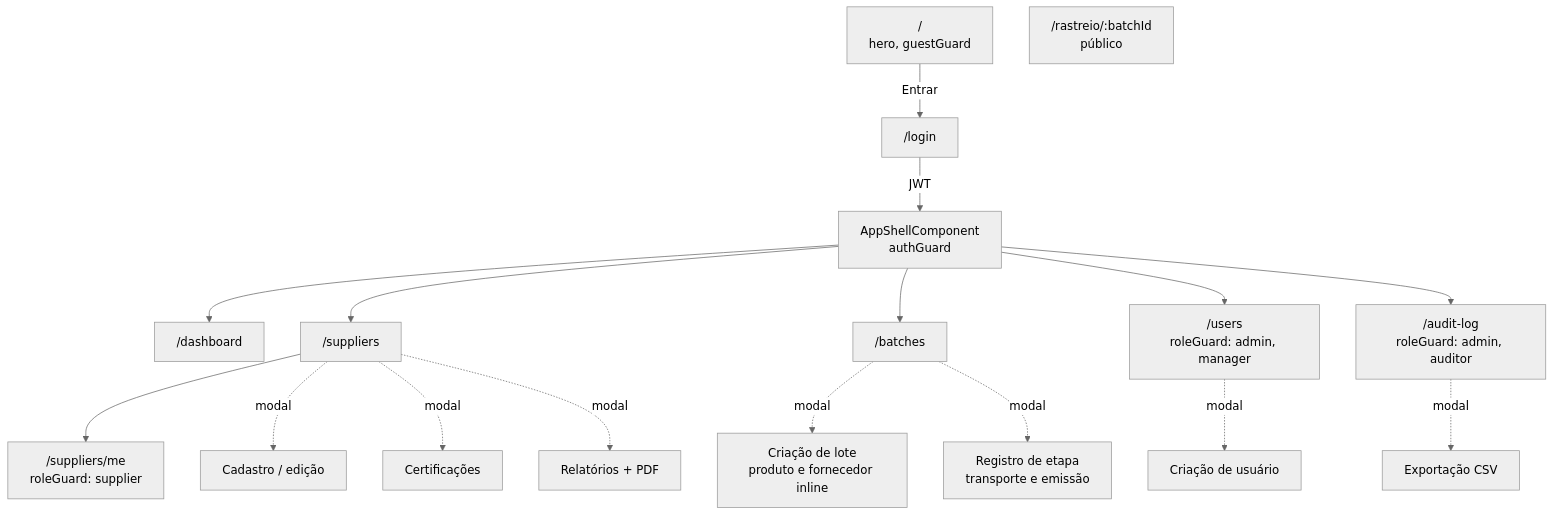
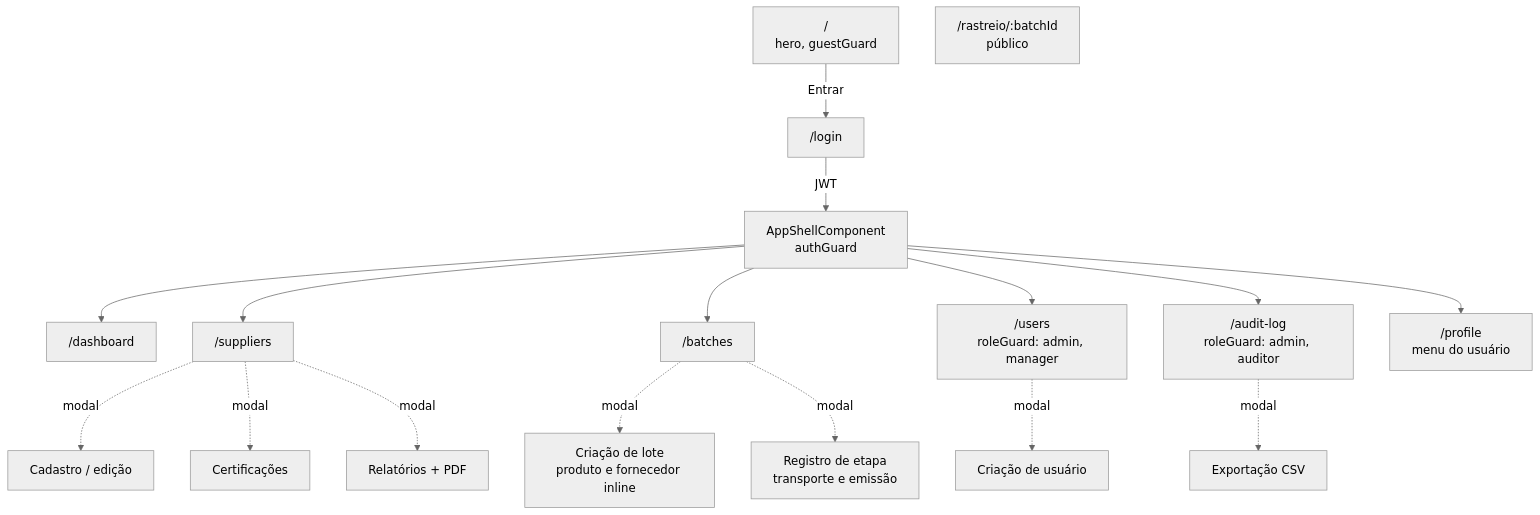
Before and after one commit to matheusnascimentods/supply-chain-verde-web: the third of 4 diagrams in README.md, drawn with Mermaid (neutral theme). The commit also changed other lines of this file and 1 other file, not shown here.

````diff
--- a/README.md
+++ b/README.md
@@ -158,19 +158,19 @@
 ```mermaid
 flowchart TD
     Root["/<br/>hero, guestGuard"] -->|Entrar| Login["/login"]
     Public["/rastreio/:batchId<br/>público"]
     Login -->|JWT| Shell["AppShellComponent<br/>authGuard"]
     Shell --> Dashboard["/dashboard"]
     Shell --> Suppliers["/suppliers"]
     Shell --> Batches["/batches"]
     Shell --> Users["/users<br/>roleGuard: admin, manager"]
     Shell --> Audit["/audit-log<br/>roleGuard: admin, auditor"]
-    Suppliers --> Me["/suppliers/me<br/>roleGuard: supplier"]
+    Shell --> Me["/profile<br/>menu do usuário"]
     Suppliers -.modal.-> SupplierForm[Cadastro / edição]
     Suppliers -.modal.-> Certs[Certificações]
     Suppliers -.modal.-> Reports[Relatórios + PDF]
     Batches -.modal.-> BatchCreate[Criação de lote<br/>produto e fornecedor inline]
     Batches -.modal.-> Stage[Registro de etapa<br/>transporte e emissão]
     Users -.modal.-> UserCreate[Criação de usuário]
     Audit -.modal.-> Csv[Exportação CSV]
 ```
````
